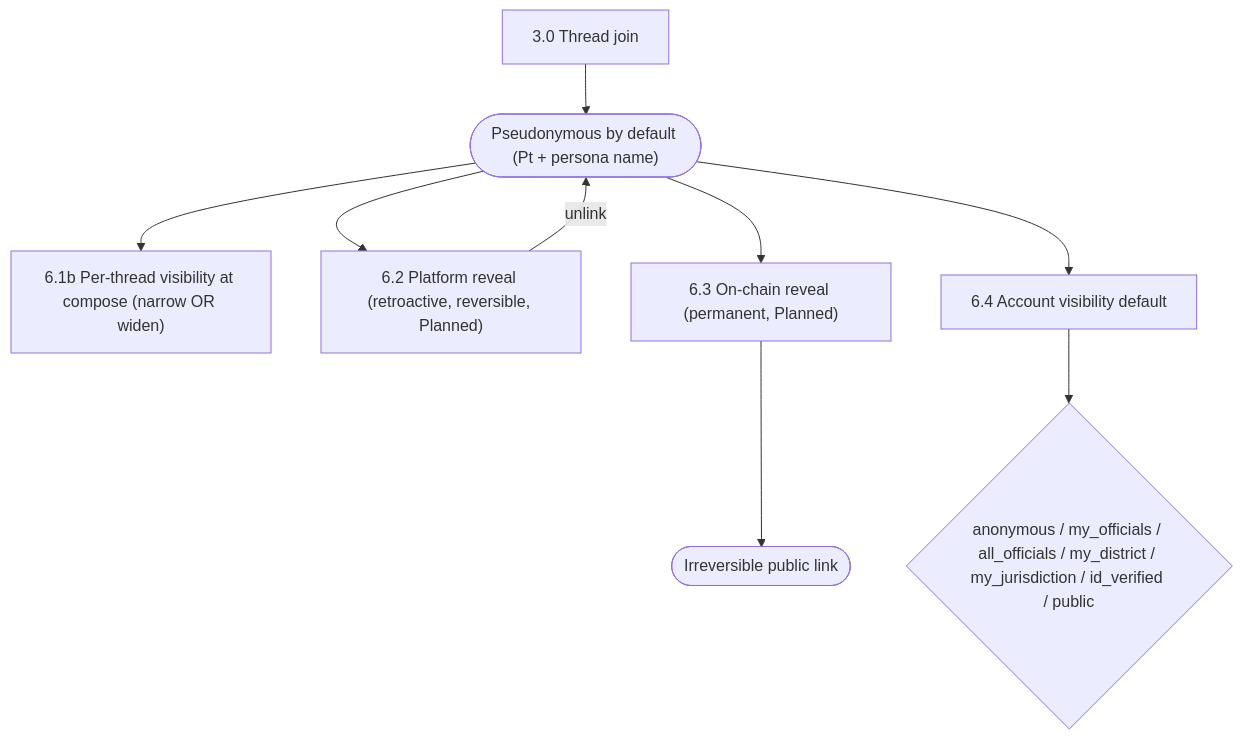
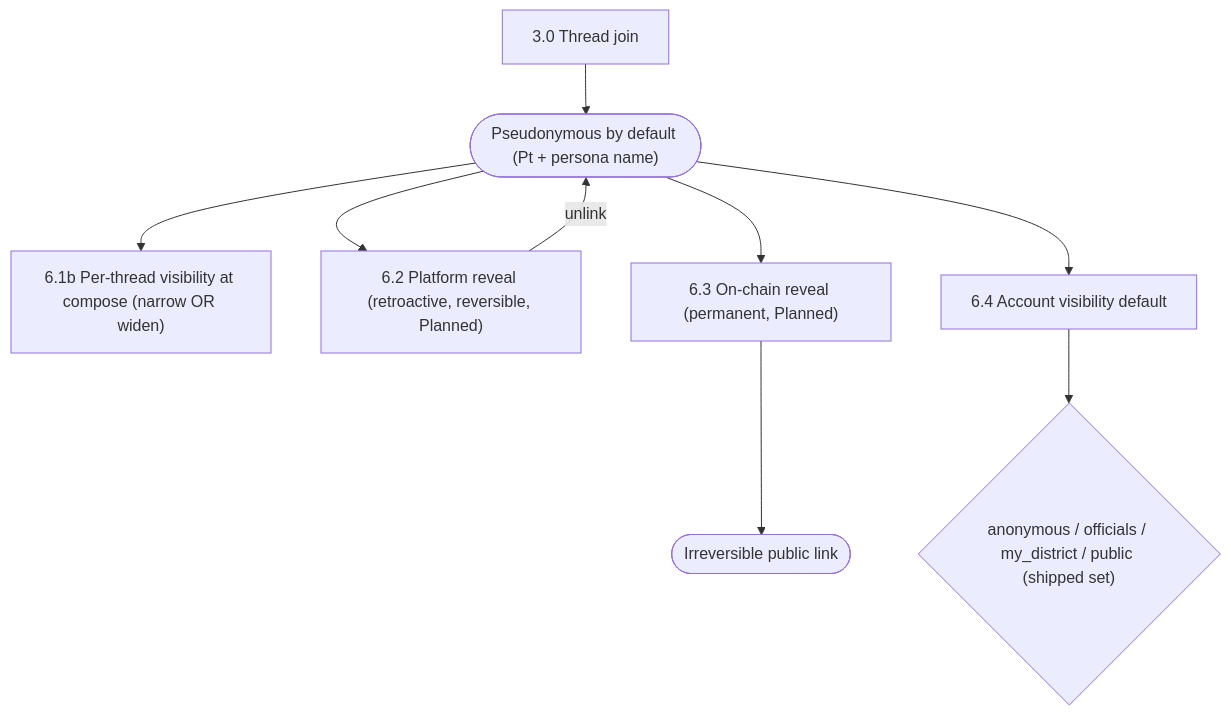
One commit to oursay/oursay changed the seventh of 9 diagrams in docs/11-USER-FLOWS.md. Above: the diagram before and after it, drawn with Mermaid. The commit also changed other lines of this file and 36 other files, not shown here.

````diff
--- a/docs/11-USER-FLOWS.md
+++ b/docs/11-USER-FLOWS.md
@@ -562,11 +579,11 @@
 ```mermaid
 flowchart TD
   J["3.0 Thread join"] --> PS(["Pseudonymous by default (Pt + persona name)"])
   PS --> TV["6.1b Per-thread visibility at compose (narrow OR widen)"]
   PS --> PR["6.2 Platform reveal (retroactive, reversible, Planned)"]
   PR -->|"unlink"| PS
   PS --> OC["6.3 On-chain reveal (permanent, Planned)"]
   OC --> PERM(["Irreversible public link"])
   PS --> VIS["6.4 Account visibility default"]
-  VIS --> RES{"anonymous / my_officials / all_officials / my_district / my_jurisdiction / id_verified / public"}
+  VIS --> RES{"anonymous / officials / my_district / public (shipped set)"}
 ```
````
